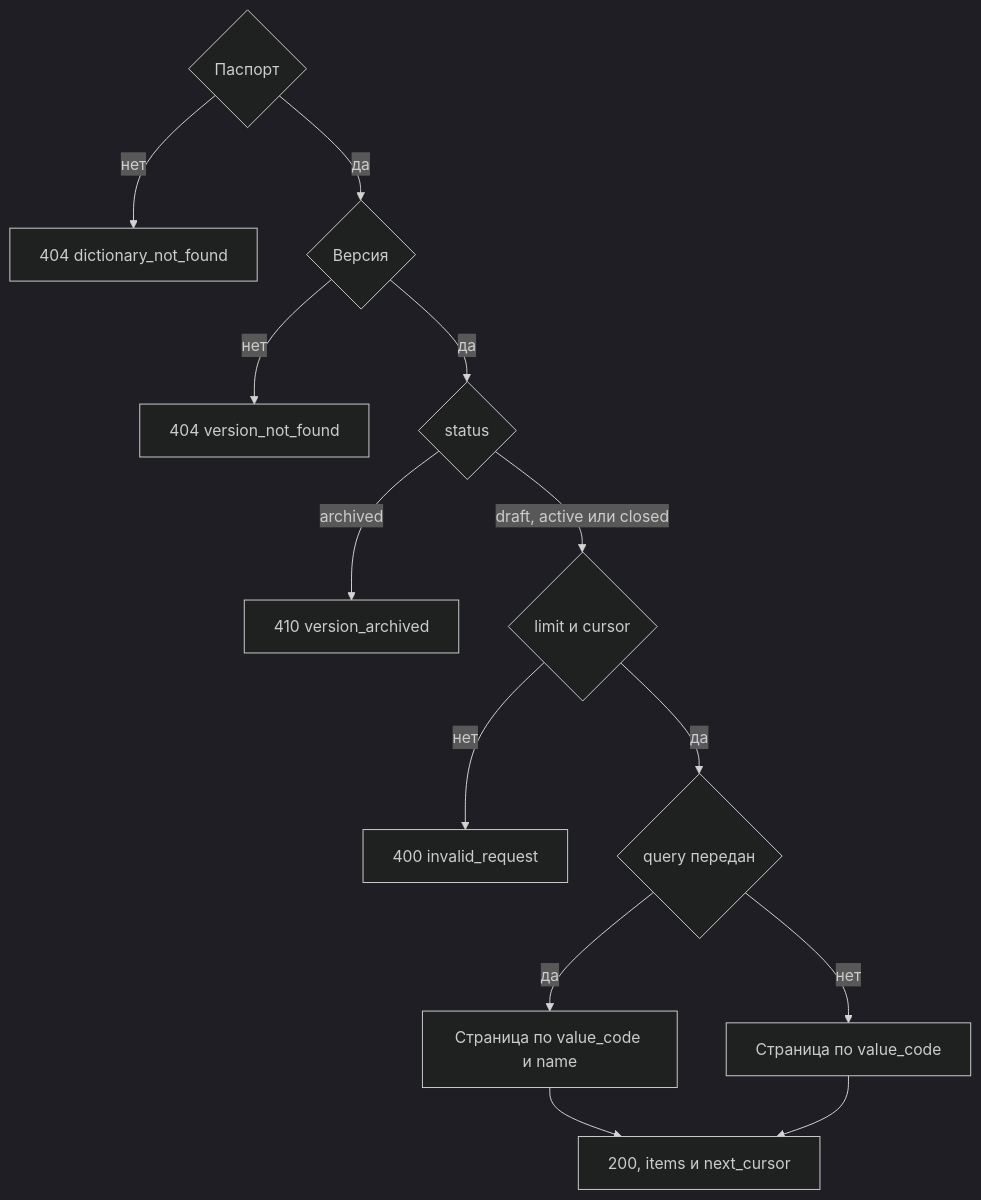
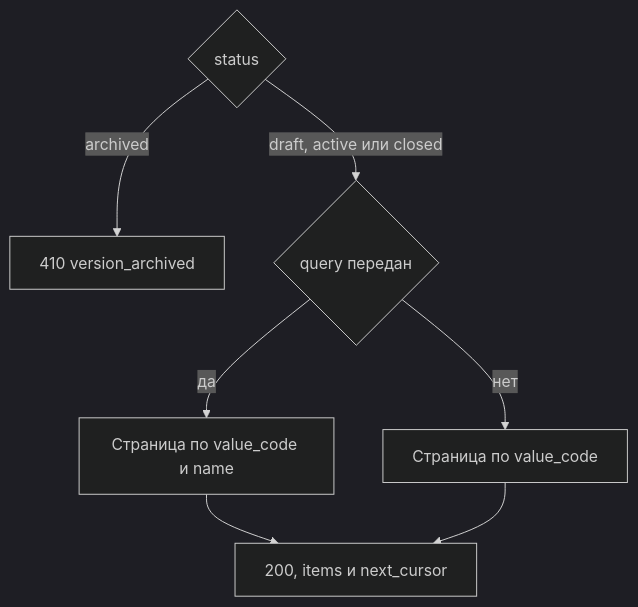
The diagram in docs/1. functional/v3/management.api/DataController/get_version.md (StrannikE95/reference_data), drawn with Mermaid (dark theme) before and after one commit. The commit also changed other lines of this file and 8 other files, not shown here.

````diff
--- a/docs/1. functional/v3/management.api/DataController/get_version.md
+++ b/docs/1. functional/v3/management.api/DataController/get_version.md
@@ -69,15 +74,9 @@
 ```mermaid
 flowchart TD
-  pas{"Паспорт"} -->|нет| d404["404 dictionary_not_found"]
-  pas -->|да| ver{"Версия"}
-  ver -->|нет| v404["404 version_not_found"]
-  ver -->|да| st{"status"}
-  st -->|archived| arc["410 version_archived"]
-  st -->|draft, active или closed| page{"limit и cursor"}
-  page -->|нет| bad["400 invalid_request"]
-  page -->|да| q{"query передан"}
+  st{"status"} -->|archived| arc["410 version_archived"]
+  st -->|draft, active или closed| q{"query передан"}
   q -->|да| find["Страница по value_code и name"]
   q -->|нет| all["Страница по value_code"]
   find --> ok["200, items и next_cursor"]
   all --> ok
 ```
````
